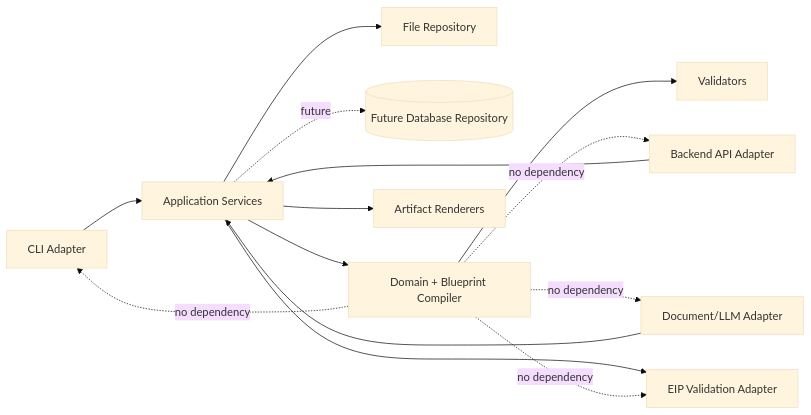
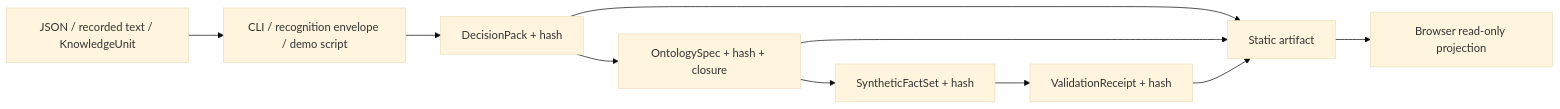
One commit to Longado/ontopoc changed the first of 3 diagrams in docs/TECHNICAL_ARCHITECTURE.md. Above: the diagram before and after it, drawn with Mermaid (base theme). The commit also changed other lines of this file and 7 other files, not shown here.

````diff
--- a/docs/TECHNICAL_ARCHITECTURE.md
+++ b/docs/TECHNICAL_ARCHITECTURE.md
@@ -96,29 +104,16 @@
 ```mermaid
 flowchart LR
-    CLI[CLI Adapter]
-    API[Backend API Adapter]
-    DOC[Document/LLM Adapter]
-    EIP[EIP Validation Adapter]
-    FILE[File Repository]
-    DB[(Future Database Repository)]
+    INPUT[JSON / recorded text / KnowledgeUnit]
+    SHELL[CLI / recognition envelope / demo script]
+    PACK[DecisionPack + hash]
+    SPEC[OntologySpec + hash + closure]
+    FACTS[SyntheticFactSet + hash]
+    RECEIPT[ValidationReceipt + hash]
+    ARTIFACT[Static artifact]
+    WEB[Browser read-only projection]
 
-    APP[Application Services]
-    CORE[Domain + Blueprint Compiler]
-    VAL[Validators]
-    RENDER[Artifact Renderers]
-
-    CLI --> APP
-    API --> APP
-    DOC --> APP
-    APP --> CORE
-    CORE --> VAL
-    APP --> RENDER
-    APP --> FILE
-    APP -.future.-> DB
-    APP --> EIP
-
-    CORE -.no dependency.-> CLI
-    CORE -.no dependency.-> API
-    CORE -.no dependency.-> DOC
-    CORE -.no dependency.-> EIP
+    INPUT --> SHELL --> PACK --> SPEC --> FACTS --> RECEIPT
+    PACK --> ARTIFACT
+    SPEC --> ARTIFACT
+    RECEIPT --> ARTIFACT --> WEB
 ```
````
